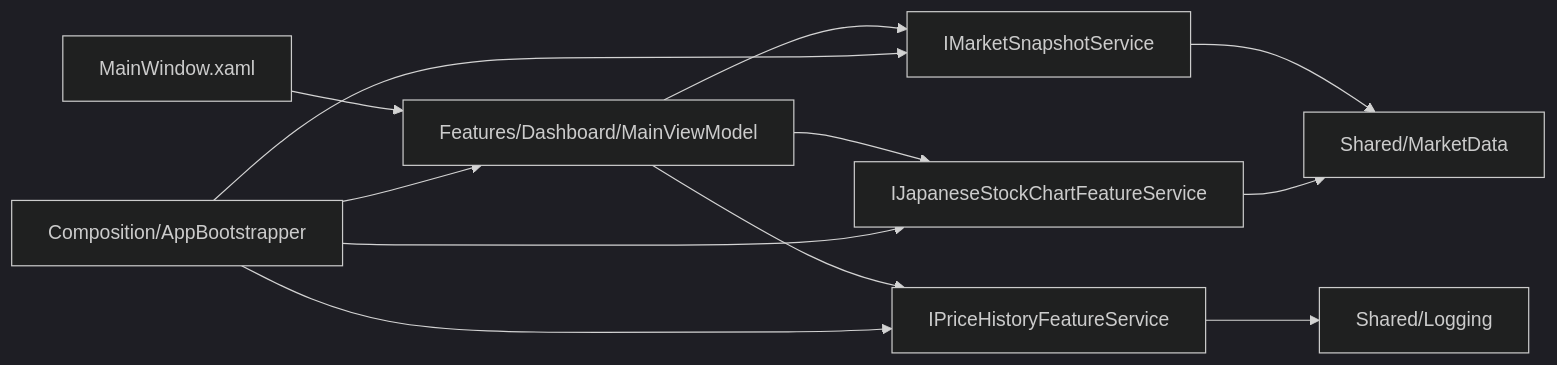
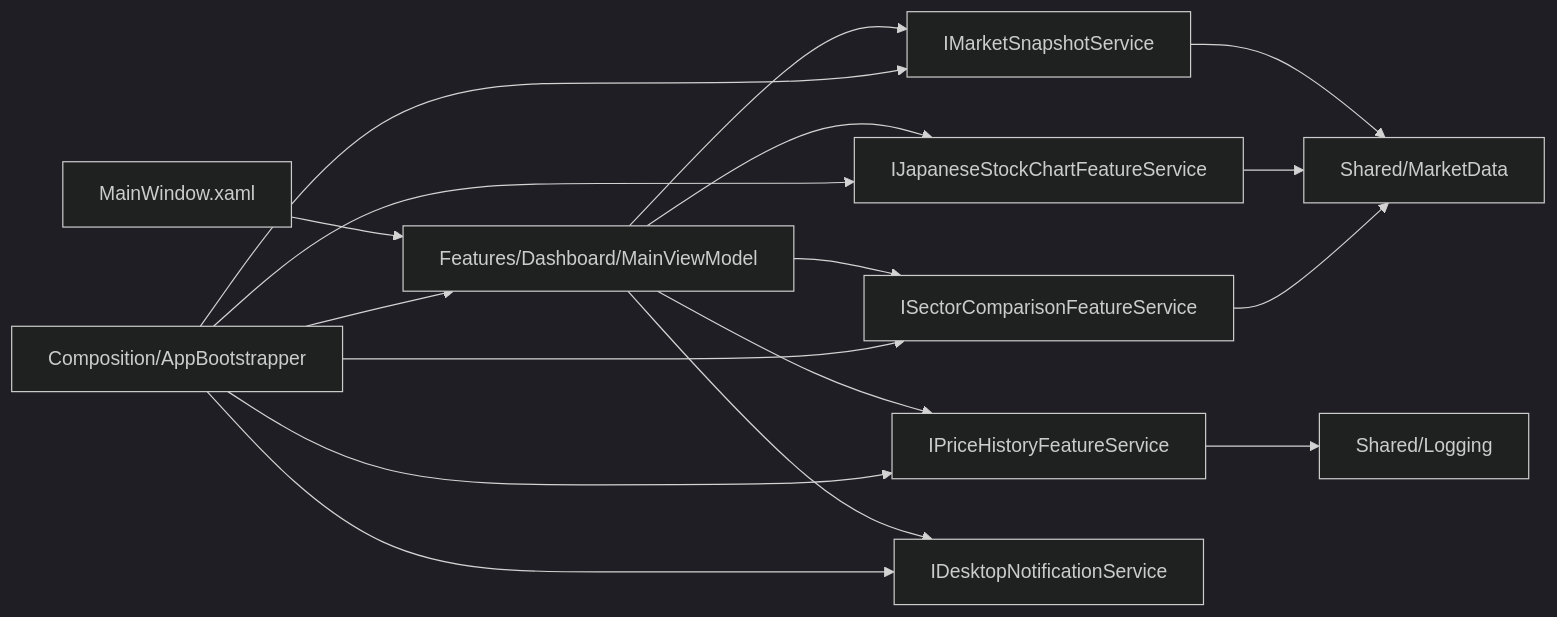
The diagram in DESIGN.md (yankee2023/market_monitor), drawn with Mermaid (dark theme) before and after one commit. The commit also changed other lines of this file and 65 other files, not shown here.

````diff
--- a/DESIGN.md
+++ b/DESIGN.md
@@ -62,14 +67,19 @@
 ```mermaid
 flowchart LR
     View[MainWindow.xaml] --> Dashboard[Features/Dashboard/MainViewModel]
     Dashboard --> Snapshot[IMarketSnapshotService]
     Dashboard --> History[IPriceHistoryFeatureService]
     Dashboard --> Chart[IJapaneseStockChartFeatureService]
+    Dashboard --> Sector[ISectorComparisonFeatureService]
+    Dashboard --> Notify[IDesktopNotificationService]
     Snapshot --> Shared[Shared/MarketData]
     Chart --> Shared
+    Sector --> Shared
     History --> Logging[Shared/Logging]
     Composition[Composition/AppBootstrapper] --> Dashboard
     Composition --> Snapshot
     Composition --> History
     Composition --> Chart
+    Composition --> Sector
+    Composition --> Notify
 ```
````
